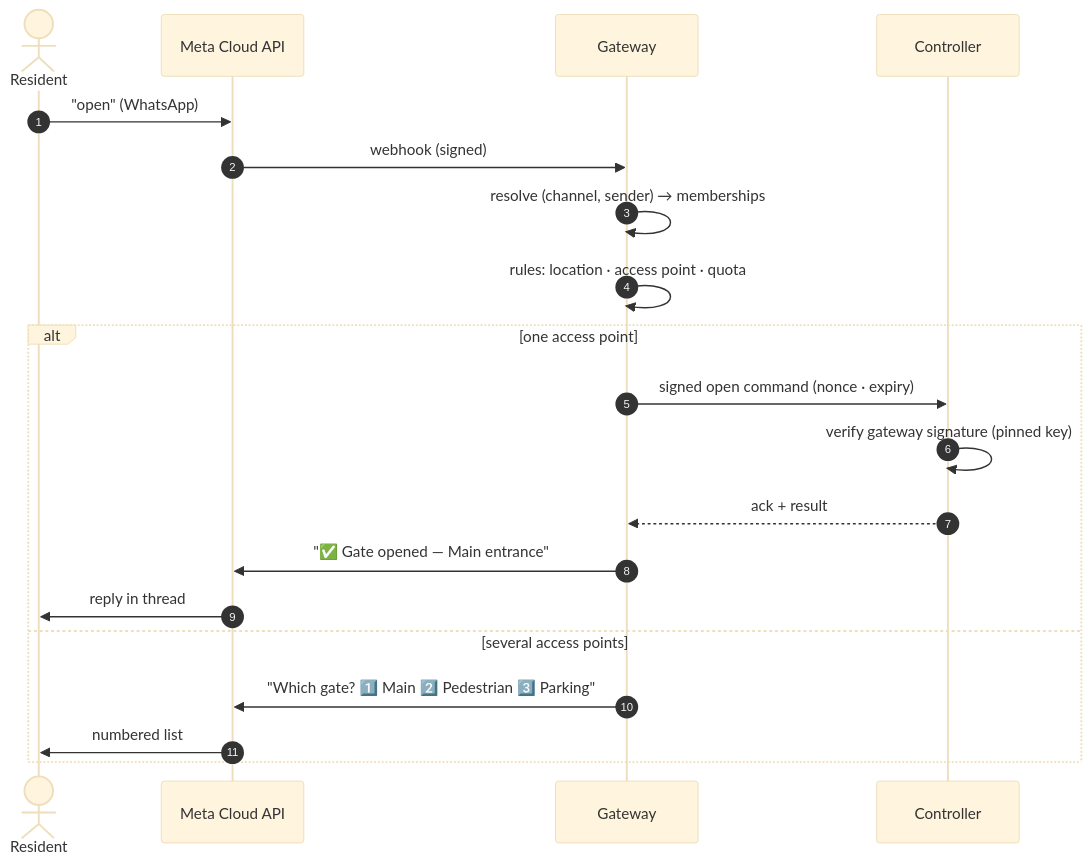
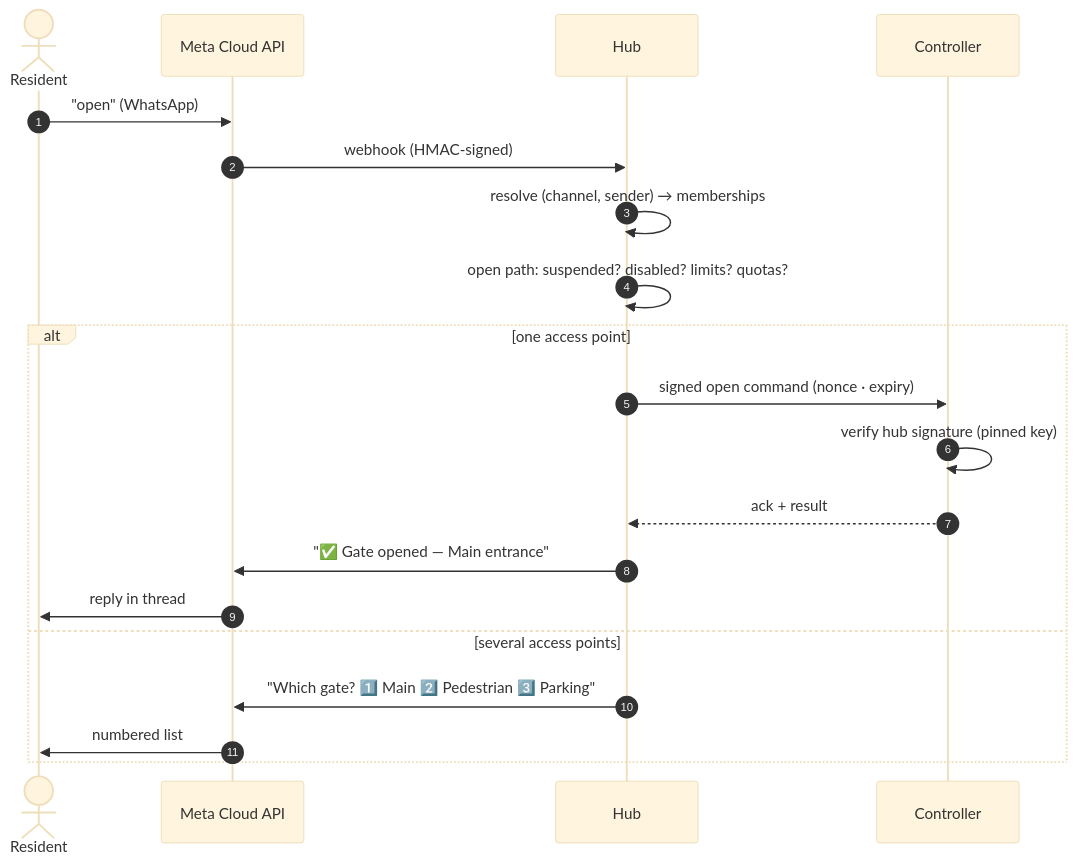
One commit to vul-os/aql changed the second of 2 diagrams in ARCHITECTURE.md. Above: the diagram before and after it, drawn with Mermaid (base theme). The commit also changed other lines of this file and 50 other files, not shown here.

````diff
--- a/ARCHITECTURE.md
+++ b/ARCHITECTURE.md
@@ -115,22 +155,22 @@
 ```mermaid
 sequenceDiagram
     autonumber
     actor R as Resident
     participant M as Meta Cloud API
-    participant GW as Gateway
+    participant GW as Hub
     participant C as Controller
     R->>M: "open" (WhatsApp)
-    M->>GW: webhook (signed)
+    M->>GW: webhook (HMAC-signed)
     GW->>GW: resolve (channel, sender) → memberships
-    GW->>GW: rules: location · access point · quota
+    GW->>GW: open path: suspended? disabled? limits? quotas?
     alt one access point
         GW->>C: signed open command (nonce · expiry)
-        C->>C: verify gateway signature (pinned key)
+        C->>C: verify hub signature (pinned key)
         C-->>GW: ack + result
         GW->>M: "✅ Gate opened — Main entrance"
         M->>R: reply in thread
     else several access points
         GW->>M: "Which gate? 1️⃣ Main 2️⃣ Pedestrian 3️⃣ Parking"
         M->>R: numbered list
     end
 ```
````
